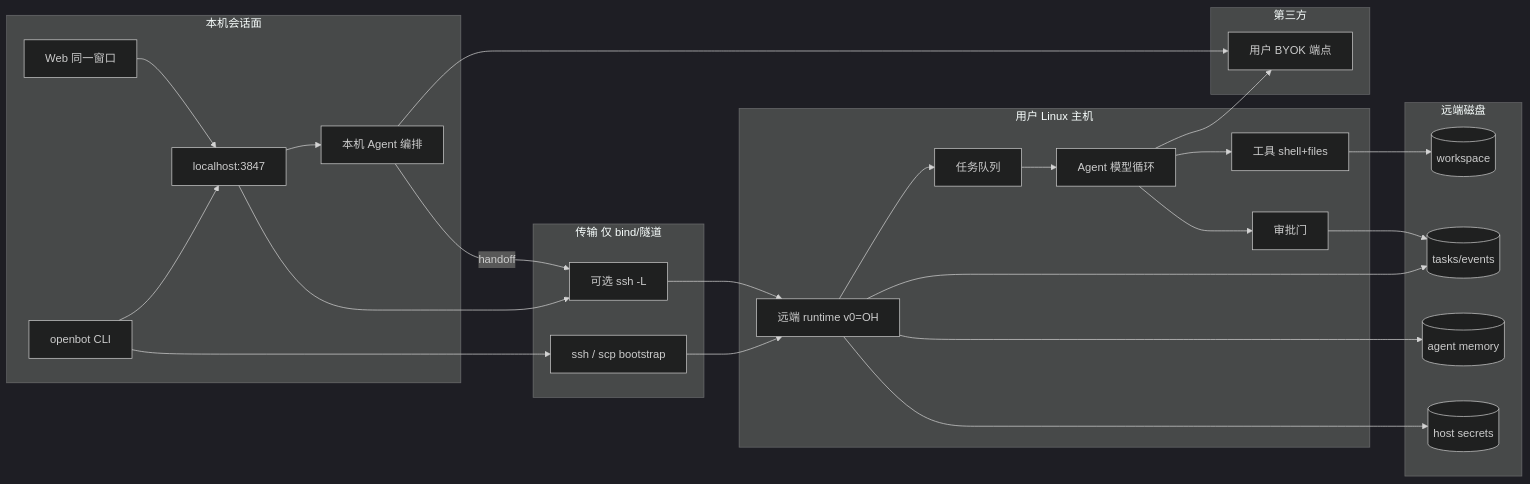
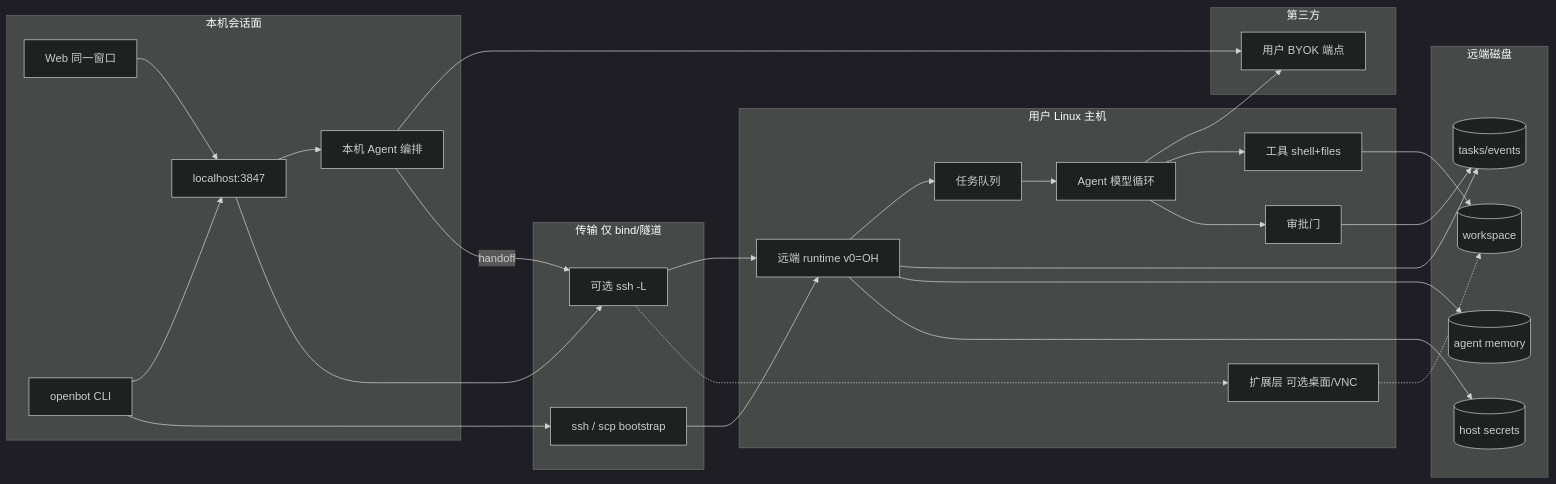
Before and after one commit to BiuBiuHu/OpenBot: the first of 4 diagrams in docs/openbot-mvp/03-architecture/architecture.md, drawn with Mermaid (dark theme). The commit also changed other lines of this file and 8 other files, not shown here.

````diff
--- a/docs/openbot-mvp/03-architecture/architecture.md
+++ b/docs/openbot-mvp/03-architecture/architecture.md
@@ -121,48 +125,51 @@
 ```mermaid
 flowchart LR
   subgraph ClientLayer[本机会话面]
     UI[Web 同一窗口]
     CLI[openbot CLI]
     LocalAPI[localhost:3847]
     LocalA[本机 Agent 编排]
   end
   subgraph Transport[传输 仅 bind/隧道]
     SSH[ssh / scp bootstrap]
     Tun[可选 ssh -L]
   end
   subgraph AgentHost[用户 Linux 主机]
     A[远端 runtime v0=OH]
     Q[任务队列]
     Loop[Agent 模型循环]
     Tools[工具 shell+files]
     Gate[审批门]
+    Ext[扩展层 可选桌面/VNC]
   end
   subgraph Disk[远端磁盘]
     Tasks[(tasks/events)]
     WS[(workspace)]
     Mem[(agent memory)]
     Sec[(host secrets)]
   end
   subgraph ThirdParty[第三方]
     LLM[用户 BYOK 端点]
   end
   UI --> LocalAPI
   CLI --> LocalAPI
   LocalAPI --> LocalA
   LocalA --> LLM
   LocalA -->|"handoff"| Tun
   CLI --> SSH
   LocalAPI --> Tun
   SSH --> A
   Tun --> A
+  Tun -.-> Ext
+  Ext -.-> WS
   A --> Q
   Q --> Loop
   Loop --> LLM
   Loop --> Tools
   Loop --> Gate
   Gate --> Tasks
   Tools --> WS
   A --> Tasks
   A --> Mem
   A --> Sec
 ```
````
